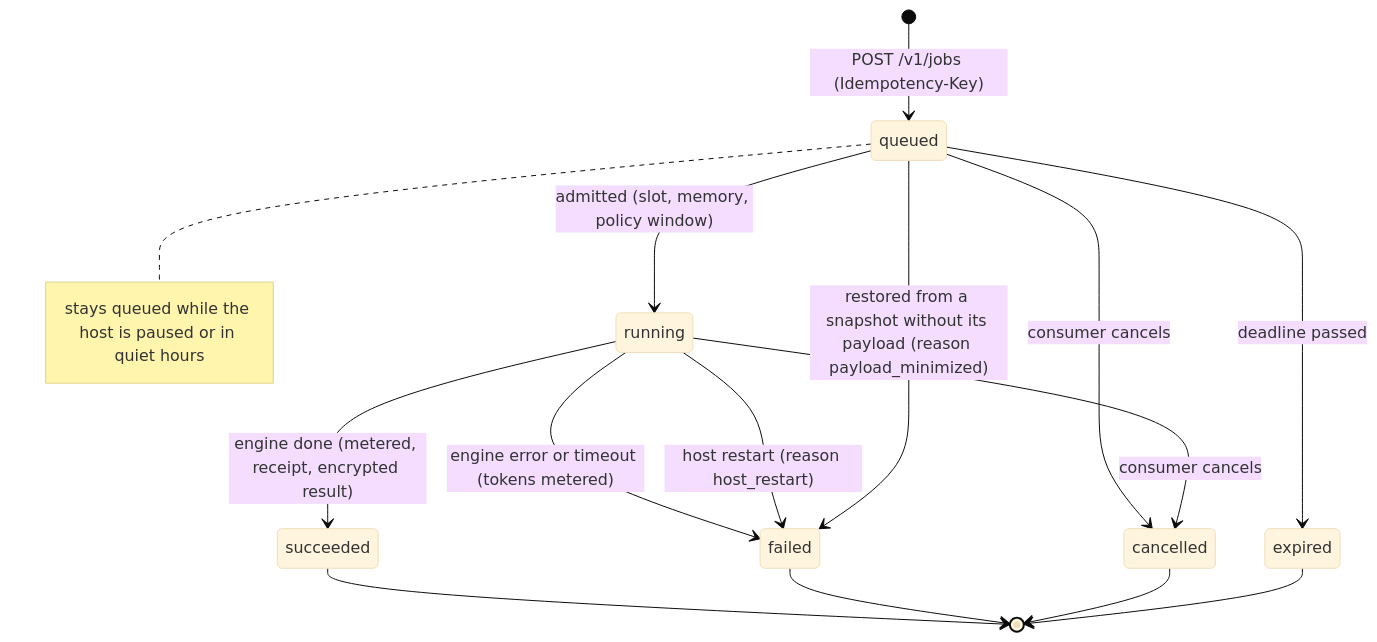
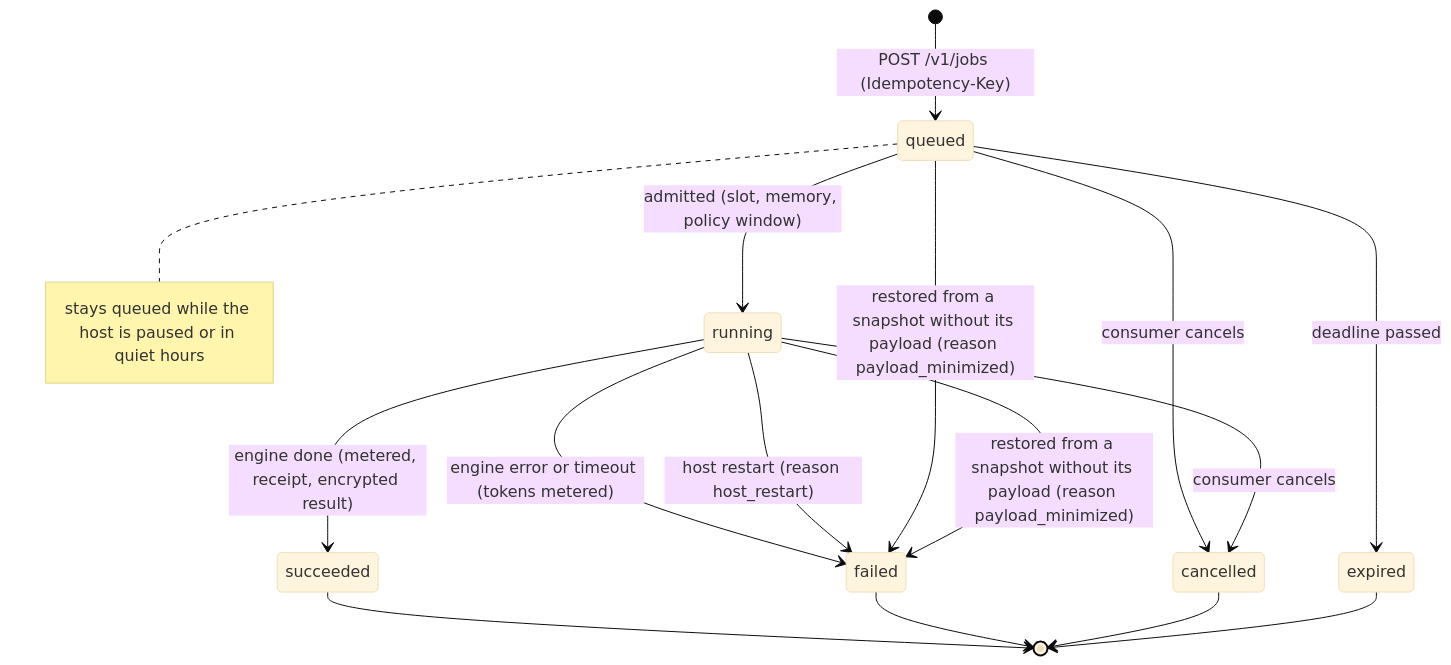
One commit to inCoderKaka/local-server changed the second of 10 diagrams in docs/design_docs/lld.md. Above: the diagram before and after it, drawn with Mermaid (base theme). The commit also changed other lines of this file and 8 other files, not shown here.

````diff
--- a/docs/design_docs/lld.md
+++ b/docs/design_docs/lld.md
@@ -149,17 +149,18 @@
 ```mermaid
 stateDiagram-v2
   [*] --> queued: POST /v1/jobs (Idempotency-Key)
   queued --> running: admitted (slot, memory, policy window)
   queued --> expired: deadline passed
   queued --> cancelled: consumer cancels
   running --> succeeded: engine done (metered, receipt, encrypted result)
   running --> failed: engine error or timeout (tokens metered)
   running --> failed: host restart (reason host_restart)
   queued --> failed: restored from a snapshot without its payload (reason payload_minimized)
+  running --> failed: restored from a snapshot without its payload (reason payload_minimized)
   running --> cancelled: consumer cancels
   succeeded --> [*]
   failed --> [*]
   cancelled --> [*]
   expired --> [*]
   note right of queued: stays queued while the host is paused or in quiet hours
 ```
````
